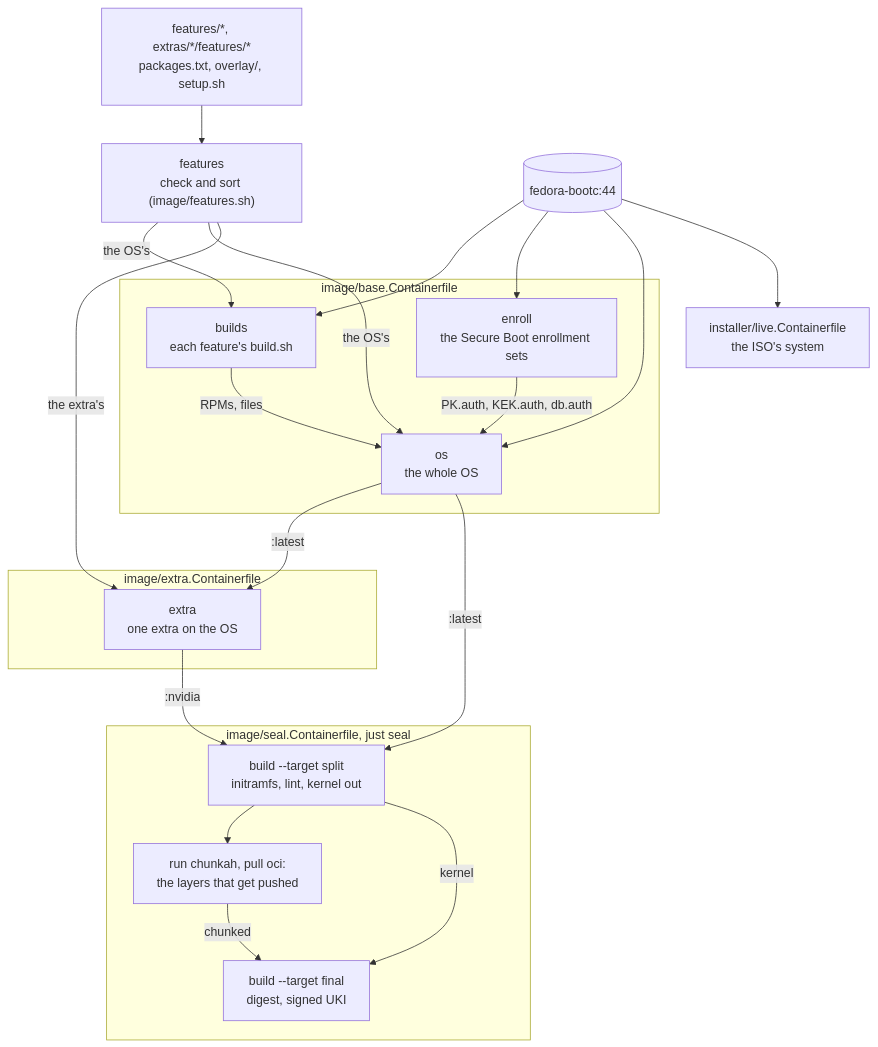
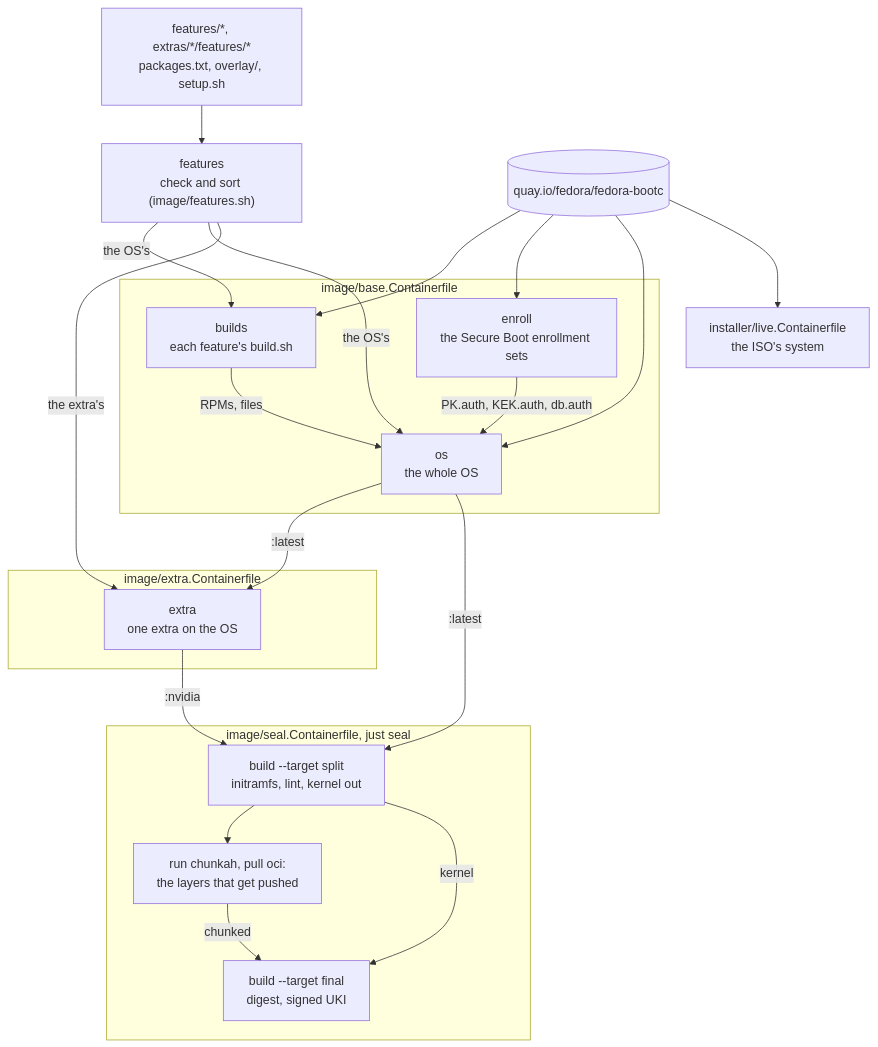
Before and after one commit to LucaRickli/fedora-bootc: the first of 3 diagrams in docs/architecture/build.md, drawn with Mermaid. The commit also changed other lines of this file and 46 other files, not shown here.

````diff
--- a/docs/architecture/build.md
+++ b/docs/architecture/build.md
@@ -20,32 +23,32 @@
 ```mermaid
 flowchart TB
     repo["features/*, extras/*/features/*<br/>packages.txt, overlay/, setup.sh"] --> sort["features<br/>check and sort (image/features.sh)"]
     subgraph basecf["image/base.Containerfile"]
         builds["builds<br/>each feature's build.sh"]
         enroll["enroll<br/>the Secure Boot enrollment sets"]
         os["os<br/>the whole OS"]
     end
     subgraph extracf["image/extra.Containerfile"]
         extra["extra<br/>one extra on the OS"]
     end
     subgraph sealcf["image/seal.Containerfile, just seal"]
         split["build --target split<br/>initramfs, lint, kernel out"]
         chunkah["run chunkah, pull oci:<br/>the layers that get pushed"]
         final["build --target final<br/>digest, signed UKI"]
     end
-    fedora[("fedora-bootc:44")] --> builds
+    fedora[("quay.io/fedora/fedora-bootc")] --> builds
     fedora --> enroll
     fedora --> os
     fedora --> live["installer/live.Containerfile<br/>the ISO's system"]
     sort -- "the OS's" --> builds
     sort -- "the OS's" --> os
     builds -- "RPMs, files" --> os
     enroll -- "PK.auth, KEK.auth, db.auth" --> os
     sort -- "the extra's" --> extra
     os -- ":latest" --> extra
     os -- ":latest" --> split
     extra -- ":nvidia" --> split
     split --> chunkah
     chunkah -- "chunked" --> final
     split -- "kernel" --> final
 ```
````
